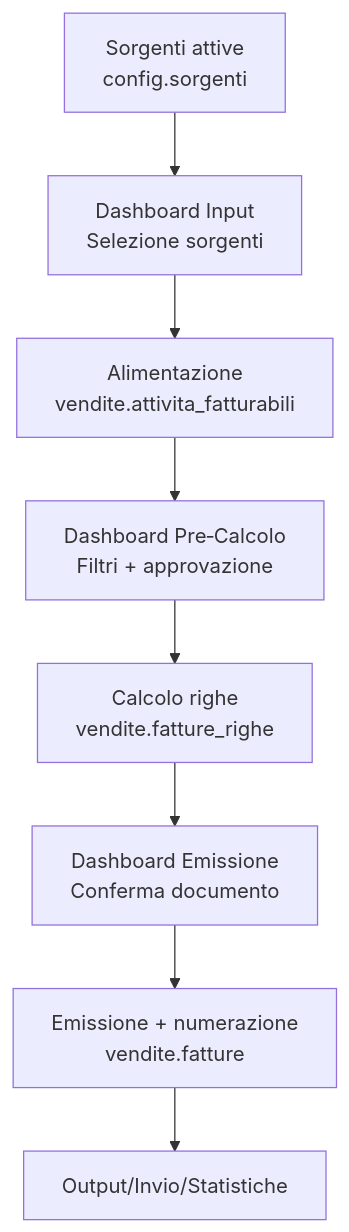
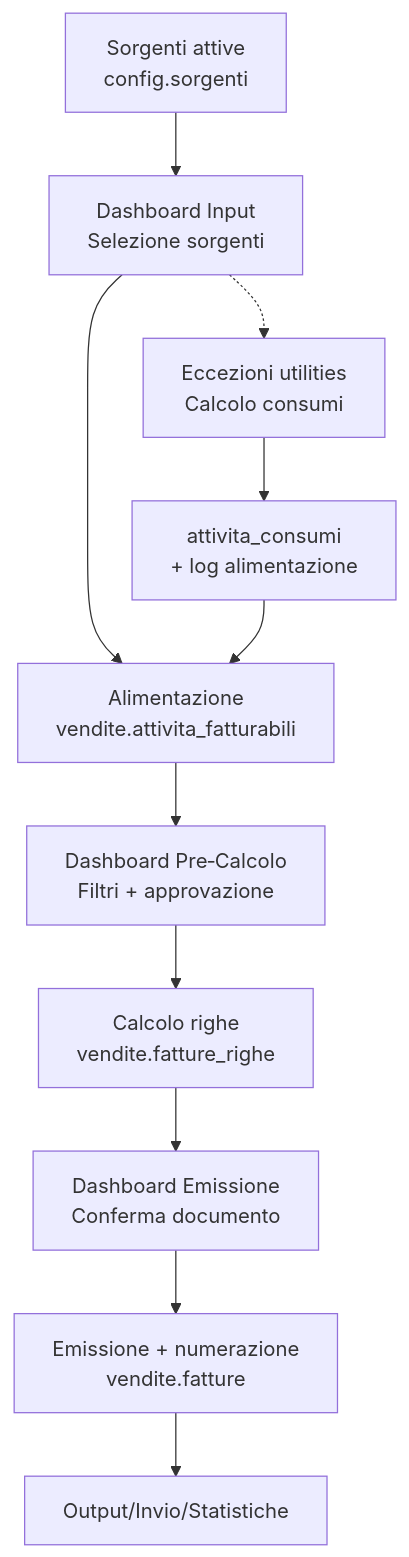
The first of 2 diagrams in docs/it/guide/fatturazione.md (Tito-it/ZeroErp), drawn with Mermaid before and after one commit. The commit also changed other lines of this file and 49 other files, not shown here.

Commit message:
Aggiuto lotti /log per attivita fatturazione.

````diff
--- a/docs/it/guide/fatturazione.md
+++ b/docs/it/guide/fatturazione.md
@@ -52,10 +52,13 @@
 ```mermaid
 flowchart TD
   A[Sorgenti attive<br/>config.sorgenti] --> B[Dashboard Input<br/>Selezione sorgenti]
   B --> C[Alimentazione<br/>vendite.attivita_fatturabili]
+  B -.-> X[Eccezioni utilities<br/>Calcolo consumi]
+  X --> XC[attivita_consumi<br/>+ log alimentazione]
+  XC --> C
   C --> D[Dashboard Pre‑Calcolo<br/>Filtri + approvazione]
   D --> E[Calcolo righe<br/>vendite.fatture_righe]
   E --> F[Dashboard Emissione<br/>Conferma documento]
   F --> G[Emissione + numerazione<br/>vendite.fatture]
   G --> H[Output/Invio/Statistiche]
 ```
````
